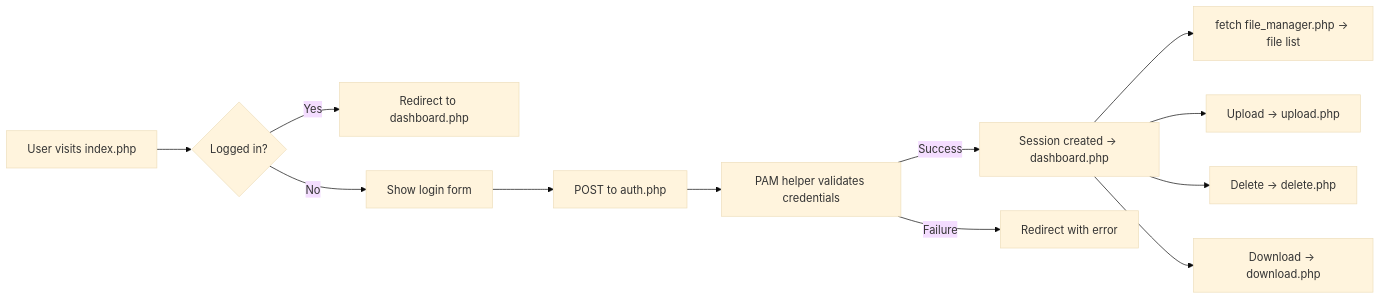
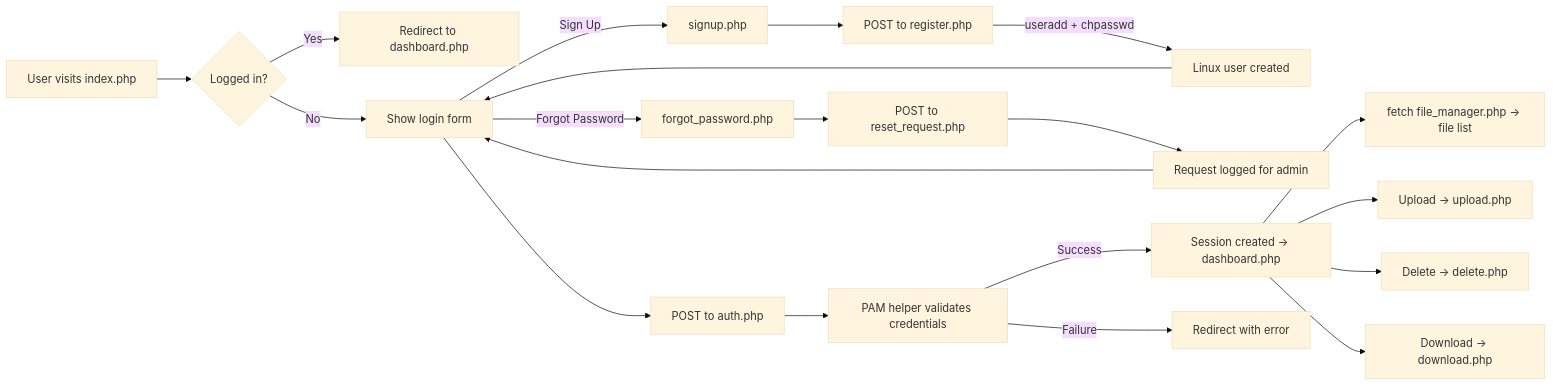
One commit to ASVATH2029/pitproject2updated changed the diagram in walkthrough.md. Above: the diagram before and after it, drawn with Mermaid (base theme). The commit also changed other lines of this file and 8 other files, not shown here.

Commit message:
Add sign-up, forgot password pages and deployment log

````diff
--- a/walkthrough.md
+++ b/walkthrough.md
@@ -23,14 +27,22 @@
 ```mermaid
 graph LR
     A[User visits index.php] --> B{Logged in?}
     B -->|Yes| C[Redirect to dashboard.php]
     B -->|No| D[Show login form]
     D --> E[POST to auth.php]
+    D -->|Sign Up| S1[signup.php]
+    D -->|Forgot Password| F1[forgot_password.php]
+    S1 --> S2[POST to register.php]
+    S2 -->|useradd + chpasswd| S3[Linux user created]
+    S3 --> D
+    F1 --> F2[POST to reset_request.php]
+    F2 --> F3[Request logged for admin]
+    F3 --> D
     E --> F[PAM helper validates credentials]
     F -->|Success| G[Session created → dashboard.php]
     F -->|Failure| H[Redirect with error]
     G --> I[fetch file_manager.php → file list]
     G --> J[Upload → upload.php]
     G --> K[Delete → delete.php]
     G --> L[Download → download.php]
 ```
````
